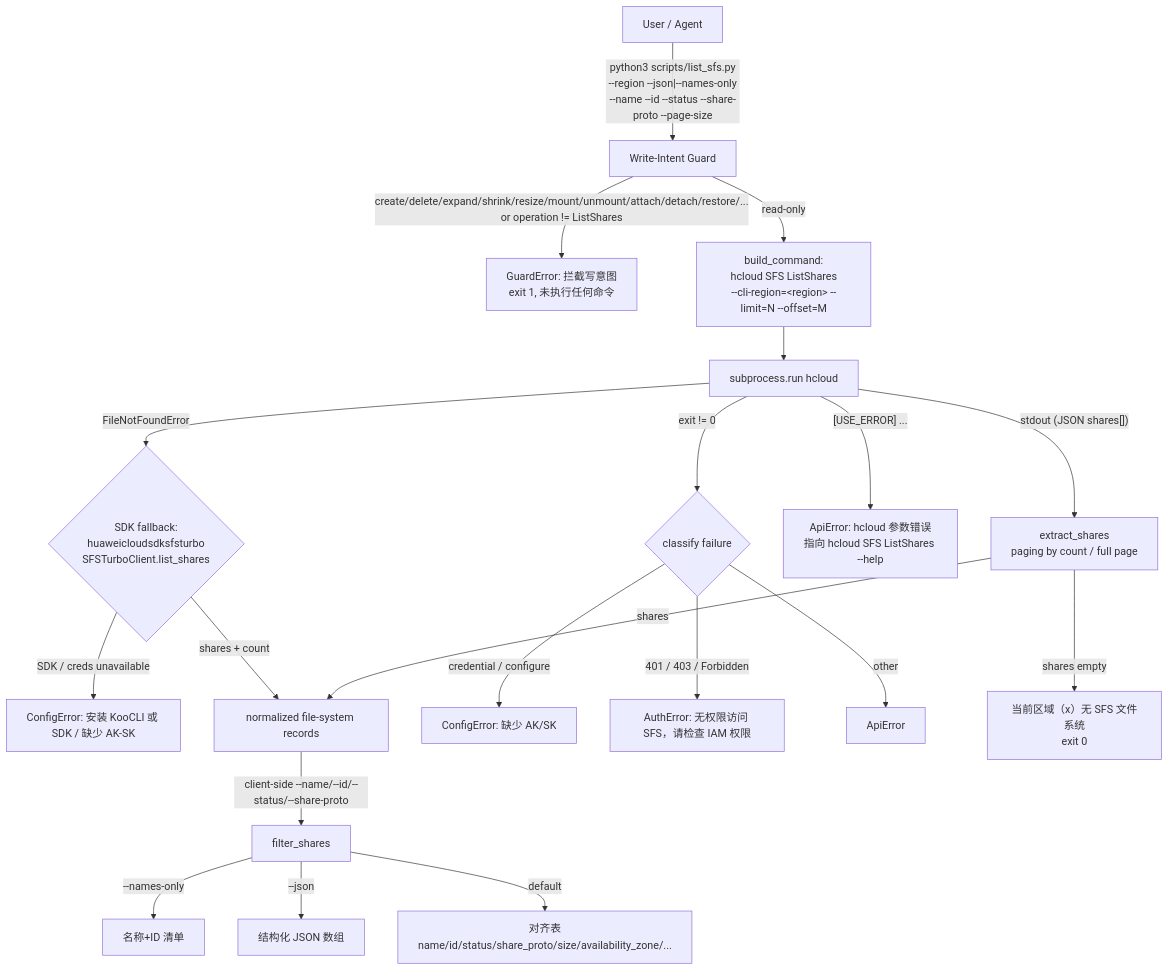
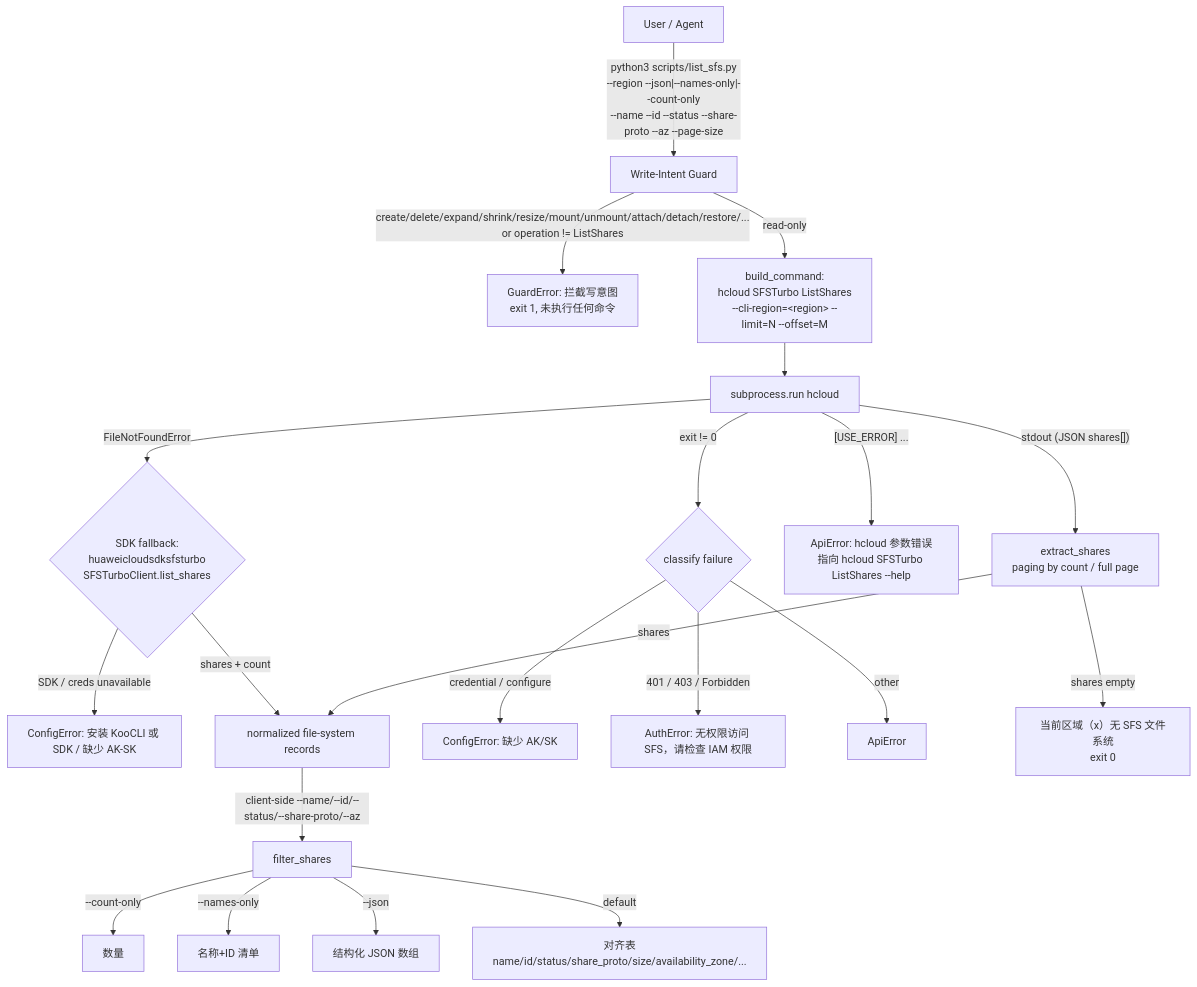
The first of 2 diagrams in skills/storage/sfs/huawei-cloud-sfs-list/references/dataflow-diagram.md (wlc-dev/huaweicloud-skills-dev), drawn with Mermaid before and after one commit. The commit also changed other lines of this file and 8 other files, not shown here.

Commit message:
update skill: storage/sfs/huawei-cloud-sfs-list

````diff
--- a/skills/storage/sfs/huawei-cloud-sfs-list/references/dataflow-diagram.md
+++ b/skills/storage/sfs/huawei-cloud-sfs-list/references/dataflow-diagram.md
@@ -3,22 +3,23 @@
 ```mermaid
 flowchart TD
-    A[User / Agent] -->|"python3 scripts/list_sfs.py<br/>--region --json|--names-only<br/>--name --id --status --share-proto --page-size"| B[Write-Intent Guard]
+    A[User / Agent] -->|"python3 scripts/list_sfs.py<br/>--region --json|--names-only|--count-only<br/>--name --id --status --share-proto --az --page-size"| B[Write-Intent Guard]
     B -->|"create/delete/expand/shrink/resize/mount/unmount/attach/detach/restore/...<br/>or operation != ListShares"| G[GuardError: 拦截写意图<br/>exit 1, 未执行任何命令]
-    B -->|read-only| C["build_command:<br/>hcloud SFS ListShares<br/>--cli-region=&lt;region&gt; --limit=N --offset=M"]
+    B -->|read-only| C["build_command:<br/>hcloud SFSTurbo ListShares<br/>--cli-region=&lt;region&gt; --limit=N --offset=M"]
     C --> D[subprocess.run hcloud]
     D -->|FileNotFoundError| F1{SDK fallback:<br/>huaweicloudsdksfsturbo<br/>SFSTurboClient.list_shares}
     F1 -->|"SDK / creds unavailable"| E1[ConfigError: 安装 KooCLI 或 SDK / 缺少 AK-SK]
     F1 -->|shares + count| F
     D -->|"exit != 0"| E2{classify failure}
     E2 -->|"credential / configure"| E3[ConfigError: 缺少 AK/SK]
     E2 -->|"401 / 403 / Forbidden"| E4[AuthError: 无权限访问 SFS，请检查 IAM 权限]
     E2 -->|"other"| E5[ApiError]
-    D -->|"[USE_ERROR] ..."| E6[ApiError: hcloud 参数错误<br/>指向 hcloud SFS ListShares --help]
+    D -->|"[USE_ERROR] ..."| E6[ApiError: hcloud 参数错误<br/>指向 hcloud SFSTurbo ListShares --help]
     D -->|"stdout (JSON shares[])"| F2[extract_shares<br/>paging by count / full page]
     F2 -->|"shares empty"| H["当前区域（x）无 SFS 文件系统<br/>exit 0"]
     F2 -->|shares| F[normalized file-system records]
-    F -->|"client-side --name/--id/--status/--share-proto"| F3[filter_shares]
+    F -->|"client-side --name/--id/--status/--share-proto/--az"| F3[filter_shares]
+    F3 -->|--count-only| N[数量]
     F3 -->|--names-only| J[名称+ID 清单]
     F3 -->|--json| K[结构化 JSON 数组]
     F3 -->|default| L[对齐表<br/>name/id/status/share_proto/size/availability_zone/...]
 ```
````
